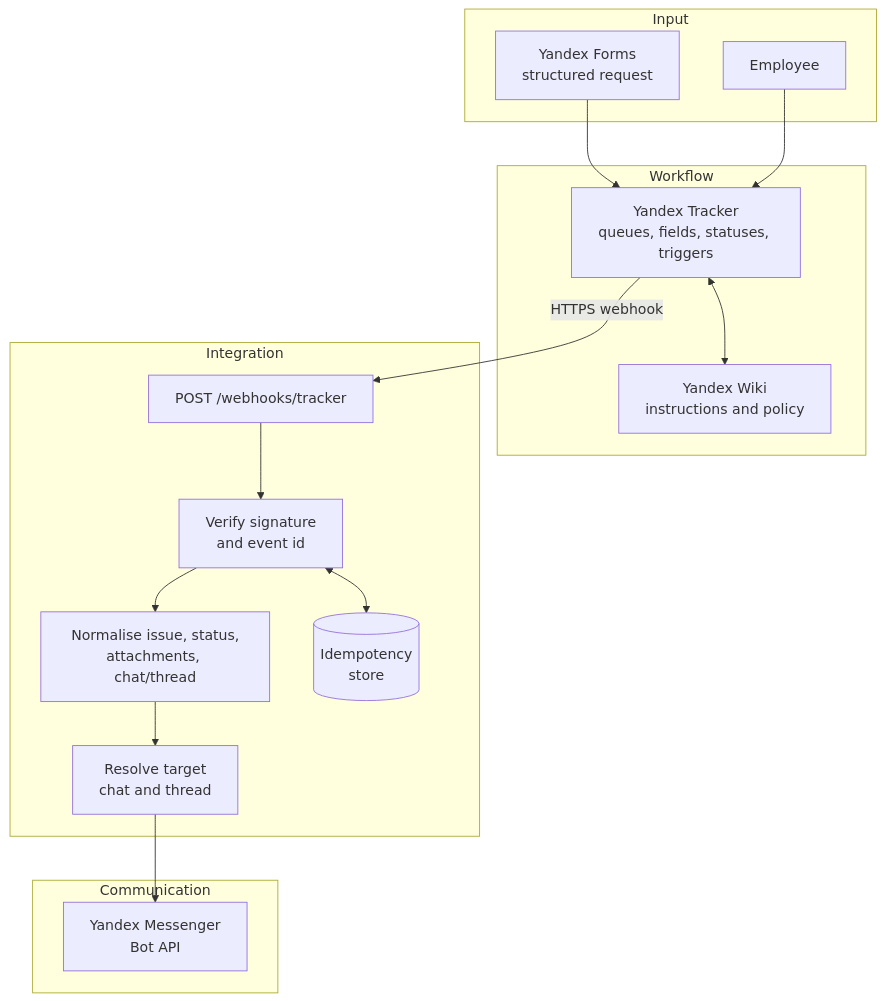
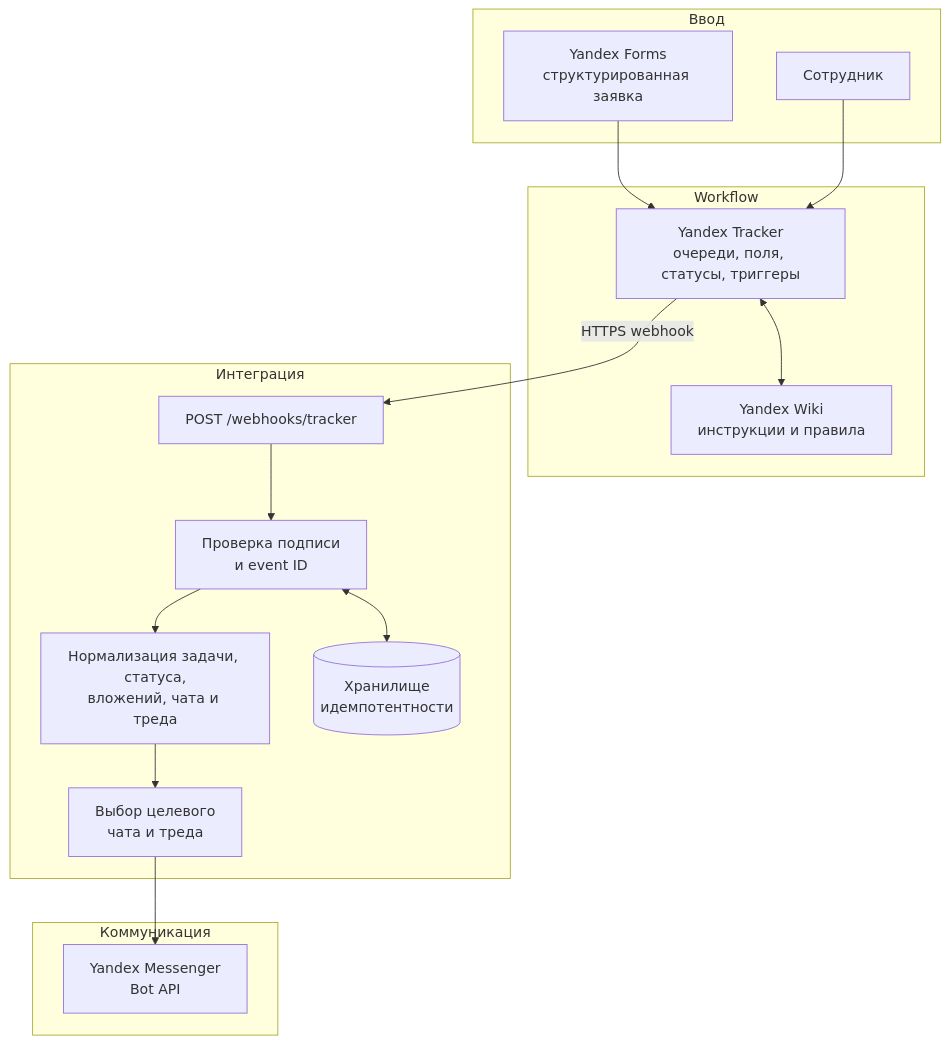
One commit to tdelfin38-web/operations-automation changed the diagram in docs/ARCHITECTURE.md. Above: the diagram before and after it, drawn with Mermaid. The commit also changed other lines of this file and 9 other files, not shown here.

````diff
--- a/docs/ARCHITECTURE.md
+++ b/docs/ARCHITECTURE.md
@@ -7,26 +7,26 @@
 ```mermaid
 flowchart TB
-    subgraph Input
-      FORM[Yandex Forms\nstructured request]
-      USER[Employee]
+    subgraph Ввод
+      FORM[Yandex Forms<br/>структурированная заявка]
+      USER[Сотрудник]
     end
     subgraph Workflow
-      TRACKER[Yandex Tracker\nqueues, fields, statuses, triggers]
-      WIKI[Yandex Wiki\ninstructions and policy]
+      TRACKER[Yandex Tracker<br/>очереди, поля, статусы, триггеры]
+      WIKI[Yandex Wiki<br/>инструкции и правила]
     end
-    subgraph Integration
+    subgraph Интеграция
       WEBHOOK[POST /webhooks/tracker]
-      VERIFY[Verify signature\nand event id]
-      NORMALISE[Normalise issue, status,\nattachments, chat/thread]
-      ROUTE[Resolve target\nchat and thread]
-      STORE[(Idempotency\nstore)]
+      VERIFY[Проверка подписи<br/>и event ID]
+      NORMALISE[Нормализация задачи, статуса,<br/>вложений, чата и треда]
+      ROUTE[Выбор целевого<br/>чата и треда]
+      STORE[(Хранилище<br/>идемпотентности)]
     end
-    subgraph Communication
-      BOT[Yandex Messenger\nBot API]
+    subgraph Коммуникация
+      BOT[Yandex Messenger<br/>Bot API]
     end
     FORM --> TRACKER
     USER --> TRACKER
     TRACKER -->|HTTPS webhook| WEBHOOK --> VERIFY --> NORMALISE --> ROUTE --> BOT
     VERIFY <--> STORE
     TRACKER <--> WIKI
 ```
````
